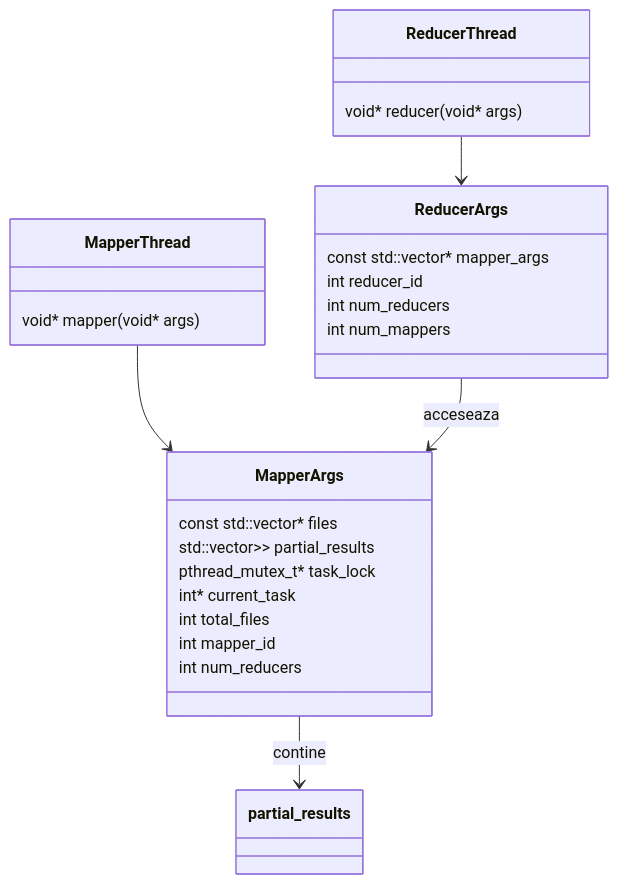
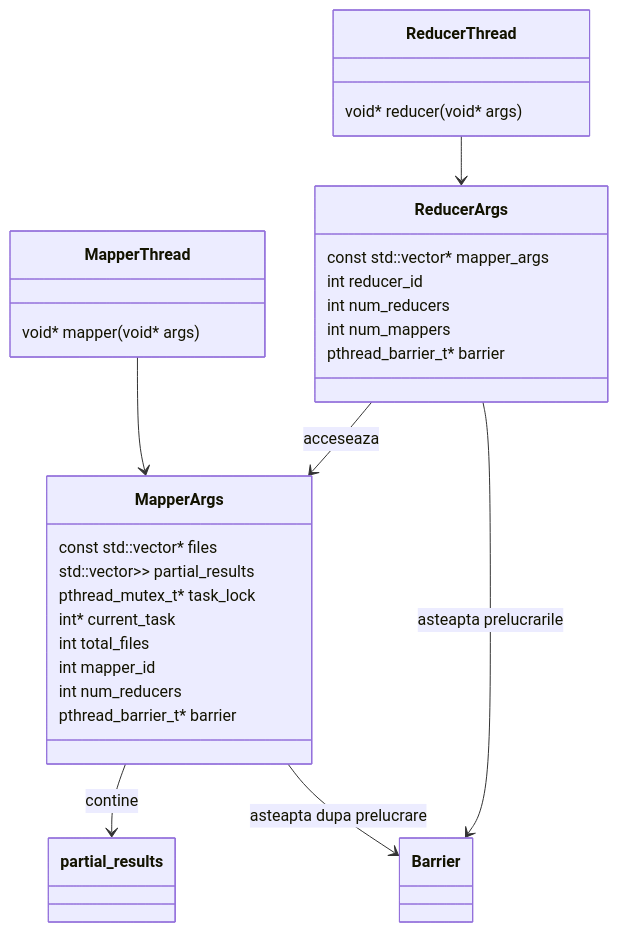
Before and after one commit to rusucarla/APD-Map-Reduce: the third of 3 diagrams in README.md, drawn with Mermaid. The commit also changed other lines of this file and 2 other files, not shown here.

````diff
--- a/README.md
+++ b/README.md
@@ -61,28 +83,32 @@
 ```mermaid
 classDiagram
     class MapperArgs {
         const std::vector<std::string>* files
         std::vector<std::map<std::string, std::set<int>>> partial_results
         pthread_mutex_t* task_lock
         int* current_task
         int total_files
         int mapper_id
         int num_reducers
+        pthread_barrier_t* barrier
     }
     class ReducerArgs {
         const std::vector<MapperArgs>* mapper_args
         int reducer_id
         int num_reducers
         int num_mappers
+        pthread_barrier_t* barrier
     }
     class MapperThread {
         void* mapper(void* args)
     }
     class ReducerThread {
         void* reducer(void* args)
     }
     MapperThread --> MapperArgs
     ReducerThread --> ReducerArgs
     MapperArgs  -->  partial_results : contine
     ReducerArgs  -->  MapperArgs : acceseaza
+    MapperArgs --> Barrier : asteapta dupa prelucrare
+    ReducerArgs --> Barrier : asteapta prelucrarile
 ```
````
